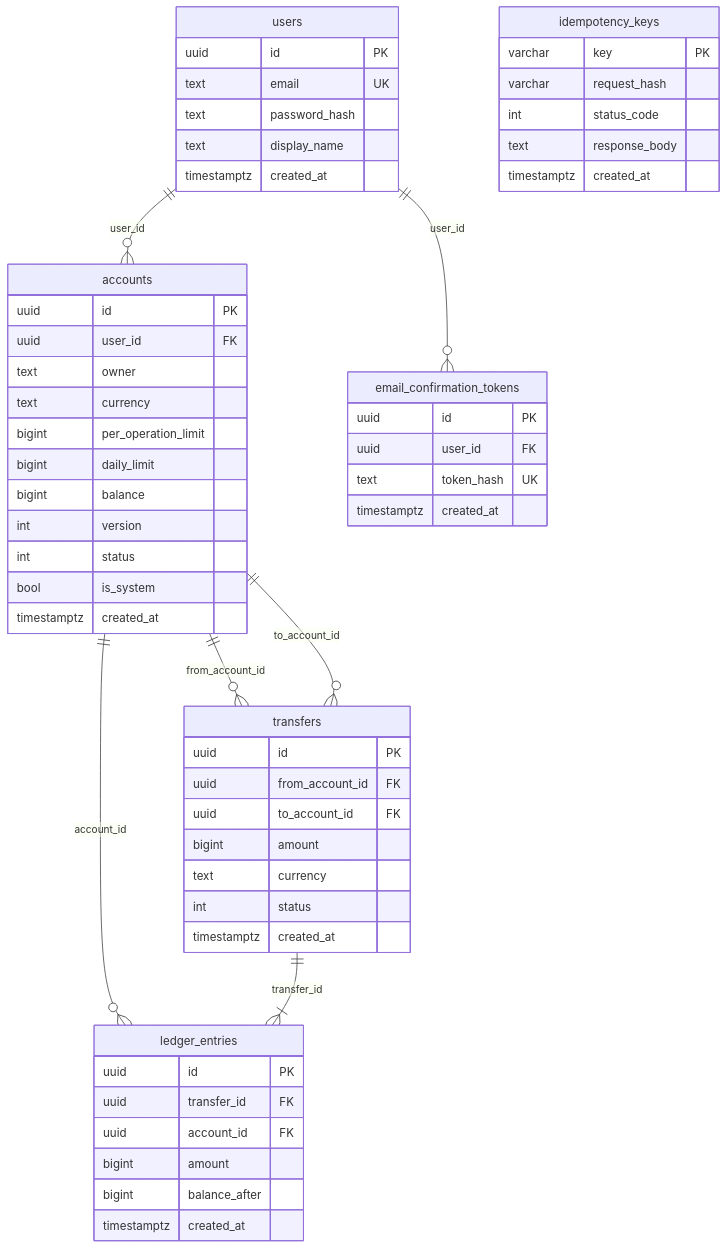
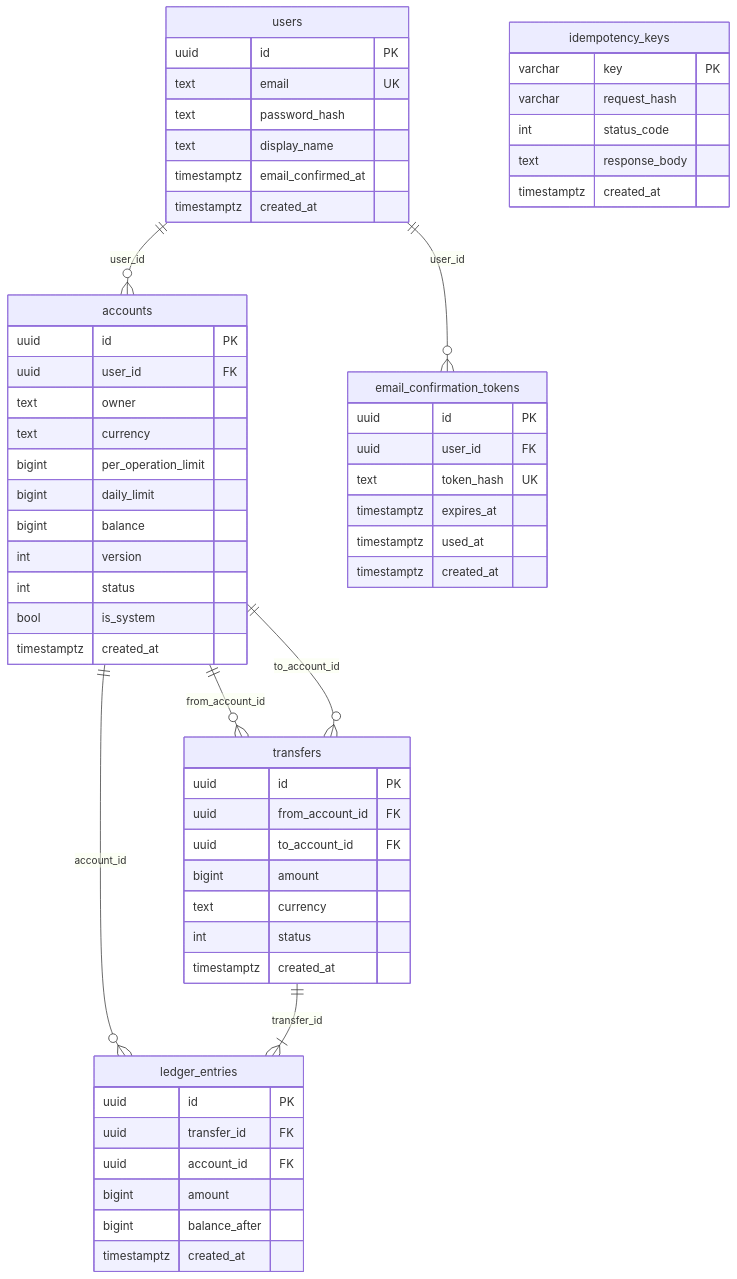
One commit to Eksailed/MiniBank changed the diagram in README.md. Above: the diagram before and after it, drawn with Mermaid. The commit also changed other lines of this file and 1 other file, not shown here.

Commit message:
fix(auth): явный NotBefore в JWT; docs: актуализированы ER-диаграмма, коды 401 и идемпотентность

````diff
--- a/README.md
+++ b/README.md
@@ -153,60 +153,63 @@
 ```mermaid
 erDiagram
     users ||--o{ accounts : "user_id"
     users ||--o{ email_confirmation_tokens : "user_id"
     accounts ||--o{ transfers : "from_account_id"
     accounts ||--o{ transfers : "to_account_id"
     accounts ||--o{ ledger_entries : "account_id"
     transfers ||--|{ ledger_entries : "transfer_id"
 
     users {
         uuid id PK
         text email UK
         text password_hash
         text display_name
+        timestamptz email_confirmed_at
         timestamptz created_at
     }
     email_confirmation_tokens {
         uuid id PK
         uuid user_id FK
         text token_hash UK
+        timestamptz expires_at
+        timestamptz used_at
         timestamptz created_at
     }
     accounts {
         uuid id PK
         uuid user_id FK
         text owner
         text currency
         bigint per_operation_limit
         bigint daily_limit
         bigint balance
         int version
         int status
         bool is_system
         timestamptz created_at
     }
     transfers {
         uuid id PK
         uuid from_account_id FK
         uuid to_account_id FK
         bigint amount
         text currency
         int status
         timestamptz created_at
     }
     ledger_entries {
         uuid id PK
         uuid transfer_id FK
         uuid account_id FK
         bigint amount
         bigint balance_after
         timestamptz created_at
     }
     idempotency_keys {
         varchar key PK
         varchar request_hash
         int status_code
         text response_body
         timestamptz created_at
     }
 ```
````
